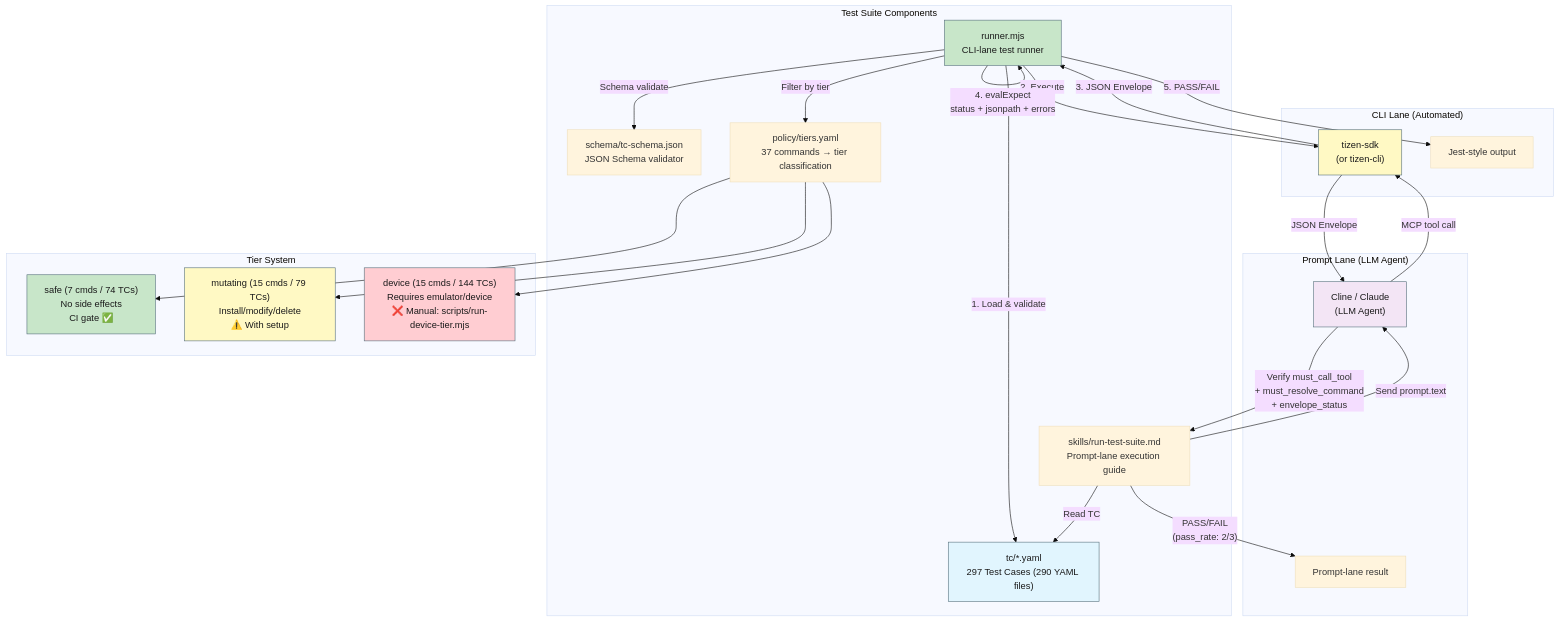
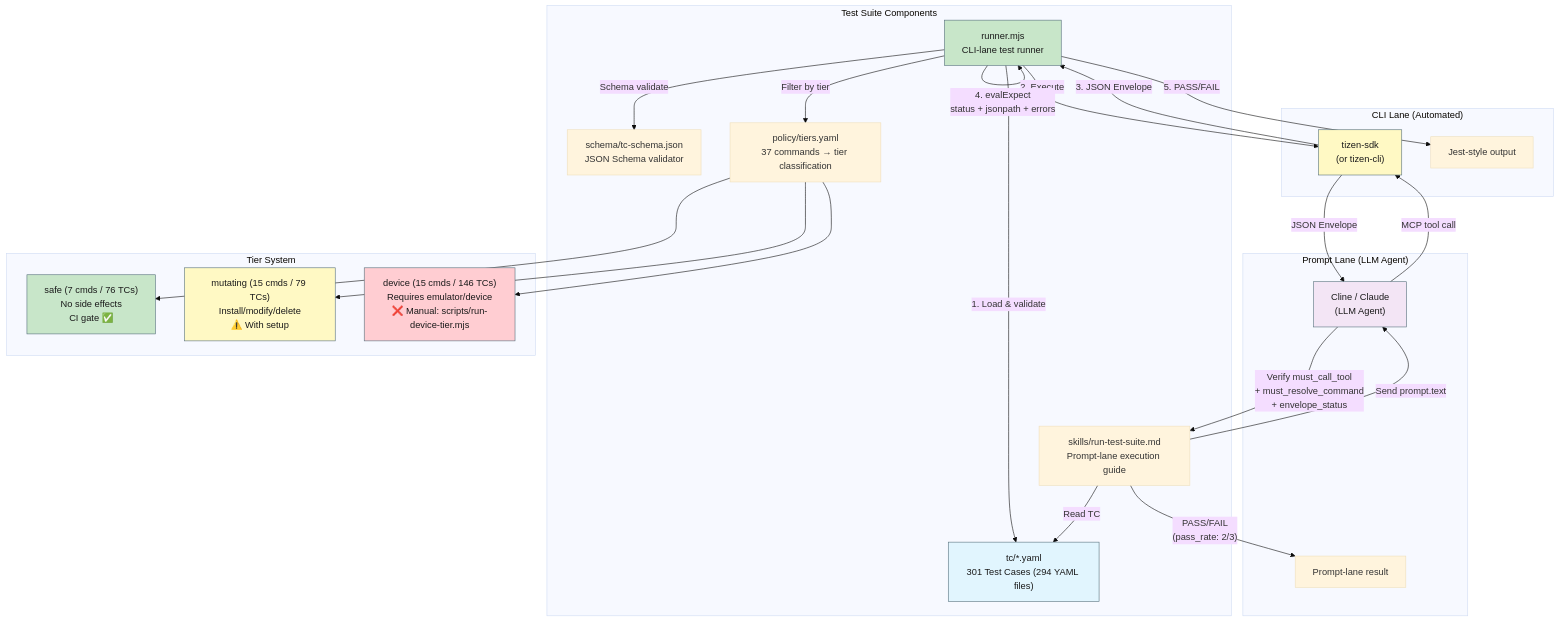
The first of 4 diagrams in tizen-sdk-skills/tests/README.md (Samsung/tizen-agent-skills), drawn with Mermaid (base theme) before and after one commit. The commit also changed other lines of this file and 9 other files, not shown here.

First line of the commit message:
test(tizen-sdk-skills): add TCs for --default emulator creation

````diff
--- a/tizen-sdk-skills/tests/README.md
+++ b/tizen-sdk-skills/tests/README.md
@@ -11,46 +11,46 @@
 ```mermaid
 graph TB
     subgraph "Test Suite Components"
-        TC["tc/*.yaml<br/>297 Test Cases (290 YAML files)"]
+        TC["tc/*.yaml<br/>301 Test Cases (294 YAML files)"]
         SCHEMA["schema/tc-schema.json<br/>JSON Schema validator"]
         POLICY["policy/tiers.yaml<br/>37 commands → tier classification"]
         RUNNER["runner.mjs<br/>CLI-lane test runner"]
         SKILLS["skills/run-test-suite.md<br/>Prompt-lane execution guide"]
     end
 
     subgraph "CLI Lane (Automated)"
         RUNNER -->|"1. Load & validate"| TC
         RUNNER -->|"Schema validate"| SCHEMA
         RUNNER -->|"Filter by tier"| POLICY
         RUNNER -->|"2. Execute"| PLUGIN["tizen-sdk<br/>(or tizen-cli)"]
         PLUGIN -->|"3. JSON Envelope"| RUNNER
         RUNNER -->|"4. evalExpect<br/>status + jsonpath + errors"| RUNNER
         RUNNER -->|"5. PASS/FAIL"| RESULT["Jest-style output"]
     end
 
     subgraph "Prompt Lane (LLM Agent)"
         SKILLS -->|"Read TC"| TC
         SKILLS -->|"Send prompt.text"| LLM["Cline / Claude<br/>(LLM Agent)"]
         LLM -->|"MCP tool call"| PLUGIN
         PLUGIN -->|"JSON Envelope"| LLM
         LLM -->|"Verify must_call_tool<br/>+ must_resolve_command<br/>+ envelope_status"| SKILLS
         SKILLS -->|"PASS/FAIL<br/>(pass_rate: 2/3)"| RESULT2["Prompt-lane result"]
     end
 
     subgraph "Tier System"
-        SAFE["safe (7 cmds / 74 TCs)<br/>No side effects<br/>CI gate ✅"]
+        SAFE["safe (7 cmds / 76 TCs)<br/>No side effects<br/>CI gate ✅"]
         MUTATING["mutating (15 cmds / 79 TCs)<br/>Install/modify/delete<br/>⚠️ With setup"]
-        DEVICE["device (15 cmds / 144 TCs)<br/>Requires emulator/device<br/>❌ Manual: scripts/run-device-tier.mjs"]
+        DEVICE["device (15 cmds / 146 TCs)<br/>Requires emulator/device<br/>❌ Manual: scripts/run-device-tier.mjs"]
         POLICY --> SAFE
         POLICY --> MUTATING
         POLICY --> DEVICE
     end
 
     style TC fill:#e1f5fe,stroke:#546e7a,color:#1a1a1a
     style RUNNER fill:#c8e6c9,stroke:#546e7a,color:#1a1a1a
     style PLUGIN fill:#fff9c4,stroke:#546e7a,color:#1a1a1a
     style LLM fill:#f3e5f5,stroke:#546e7a,color:#1a1a1a
     style SAFE fill:#c8e6c9,stroke:#546e7a,color:#1a1a1a
     style MUTATING fill:#fff9c4,stroke:#546e7a,color:#1a1a1a
     style DEVICE fill:#ffcdd2,stroke:#546e7a,color:#1a1a1a
 ```
````
